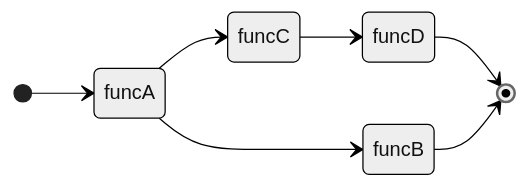
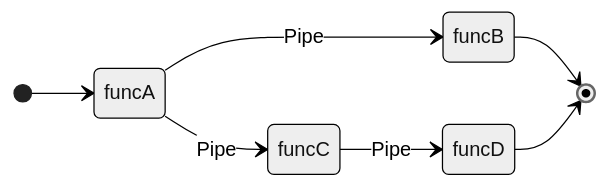
The diagram in docs/source/mmds/extract.mmd (ricosjp/dagstream), drawn with Mermaid (neutral theme) before and after one commit. The commit also changed 3 other files, not shown here.

```diff
--- a/docs/source/mmds/extract.mmd
+++ b/docs/source/mmds/extract.mmd
@@ -1,12 +1,12 @@
 stateDiagram
     direction LR
-    state "funcC" as state_0
-    state "funcD" as state_1
-    state "funcB" as state_2
-    state "funcA" as state_3
-    state_0 --> state_1
-    state_1 --> [*]
+    state "funcB" as state_0
+    state "funcA" as state_1
+    state "funcD" as state_2
+    state "funcC" as state_3
+    state_0 --> [*]
+    [*] --> state_1
+    state_1 --> state_0: Pipe
+    state_1 --> state_3: Pipe
     state_2 --> [*]
-    [*] --> state_3
-    state_3 --> state_0
-    state_3 --> state_2
+    state_3 --> state_2: Pipe
```
